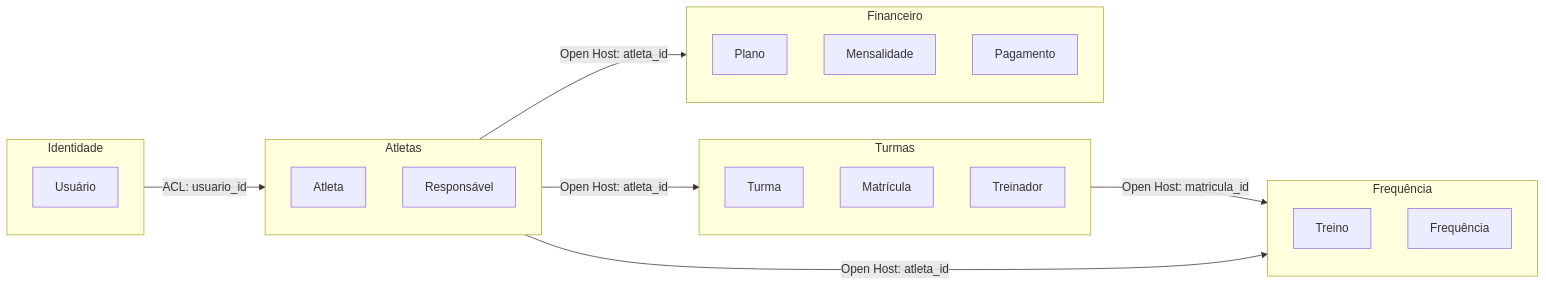
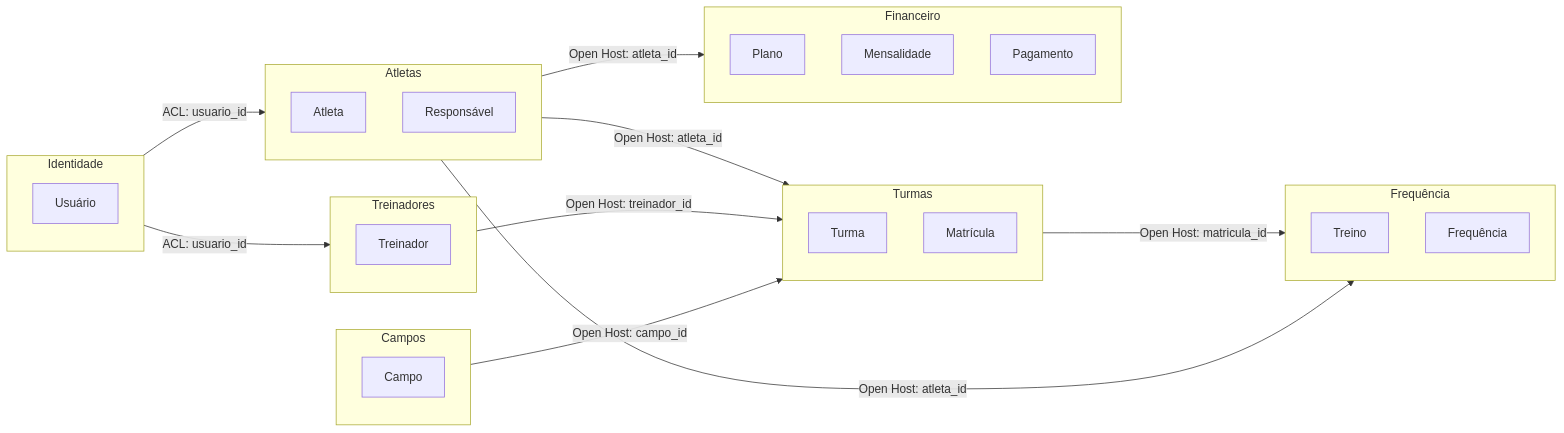
Before and after one commit to netomussauer/realtpmsys: the second of 3 diagrams in docs/SDD.md, drawn with Mermaid. The commit also changed other lines of this file and 3 other files, not shown here.

````diff
--- a/docs/SDD.md
+++ b/docs/SDD.md
@@ -168,30 +173,38 @@
 ```mermaid
 flowchart LR
     subgraph Identidade
         U[Usuário]
     end
     subgraph Atletas
         A[Atleta]
         R[Responsável]
     end
+    subgraph Treinadores
+        TR[Treinador]
+    end
+    subgraph Campos
+        C[Campo]
+    end
     subgraph Turmas
         T[Turma]
         M[Matrícula]
-        TR[Treinador]
     end
     subgraph Frequencia["Frequência"]
         TRN[Treino]
         F[Frequência]
     end
     subgraph Financeiro
         PL[Plano]
         MN[Mensalidade]
         PG[Pagamento]
     end
 
     Identidade -->|ACL: usuario_id| Atletas
+    Identidade -->|ACL: usuario_id| Treinadores
     Atletas -->|Open Host: atleta_id| Turmas
     Atletas -->|Open Host: atleta_id| Financeiro
+    Treinadores -->|Open Host: treinador_id| Turmas
+    Campos -->|Open Host: campo_id| Turmas
     Turmas -->|Open Host: matricula_id| Frequencia
     Atletas -->|Open Host: atleta_id| Frequencia
 ```
````
